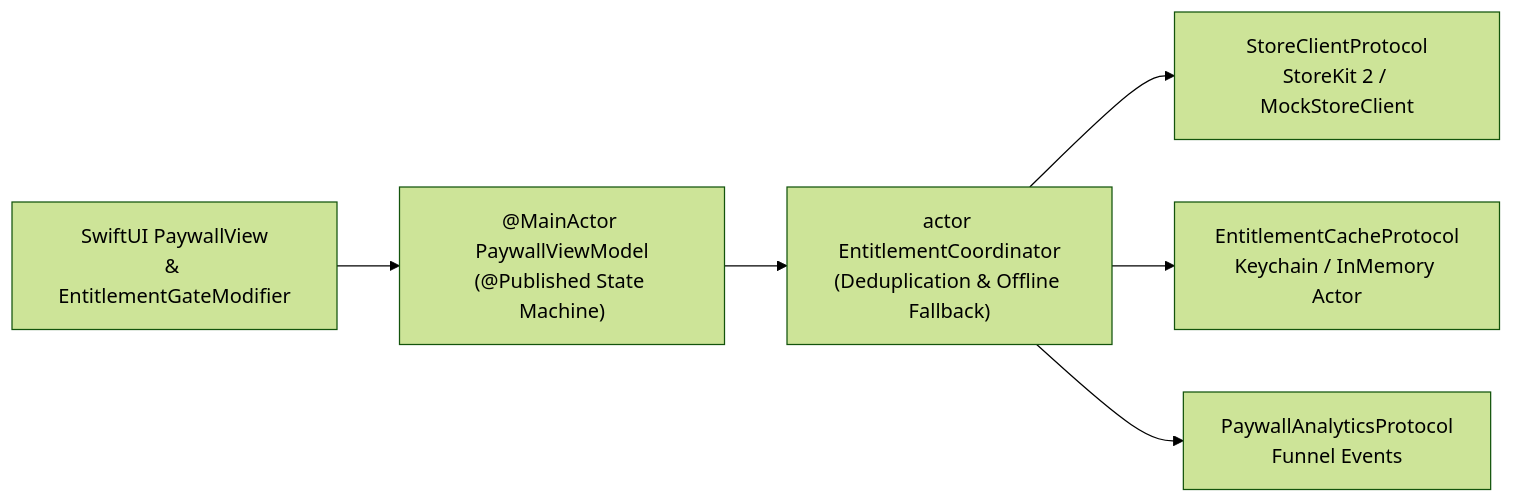
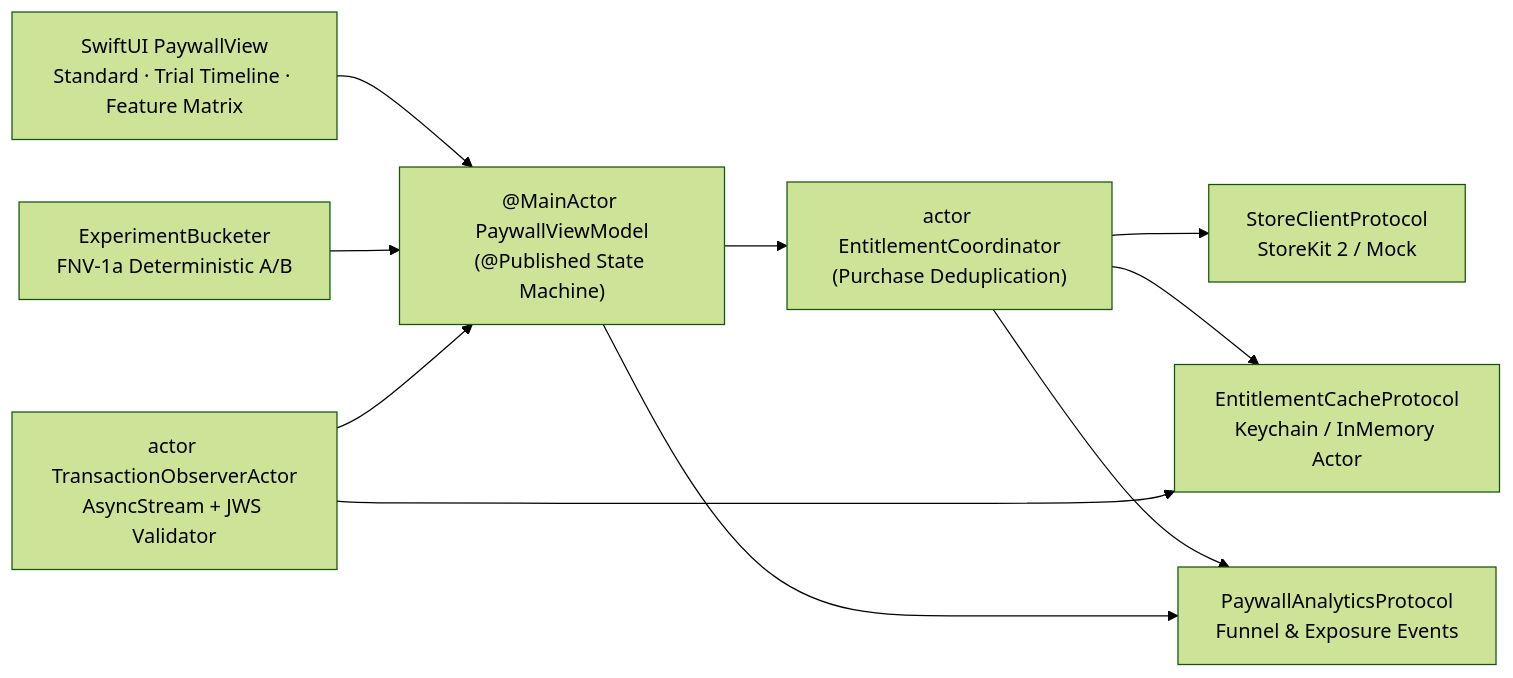
Before and after one commit to Bugraciftci/SwiftStoreFlow: the diagram in README.md, drawn with Mermaid (forest theme). The commit also changed other lines of this file and 15 other files, not shown here.

Commit message:
v2.0: Add A/B paywall bucketing, TransactionObserverActor, JWS validation, Trial Timeline & Feature Matrix UI

````diff
--- a/README.md
+++ b/README.md
@@ -11,8 +16,11 @@
 ```mermaid
 flowchart LR
-    V[SwiftUI PaywallView<br/>& EntitlementGateModifier] --> VM["@MainActor PaywallViewModel<br/>(@Published State Machine)"]
-    VM --> C["actor EntitlementCoordinator<br/>(Deduplication & Offline Fallback)"]
-    C --> SK[StoreClientProtocol<br/>StoreKit 2 / MockStoreClient]
-    C --> KC[EntitlementCacheProtocol<br/>Keychain / InMemory Actor]
-    C --> AN[PaywallAnalyticsProtocol<br/>Funnel Events]
+    UI["SwiftUI PaywallView<br/>Standard · Trial Timeline · Feature Matrix"] --> VM["@MainActor PaywallViewModel<br/>(@Published State Machine)"]
+    AB["ExperimentBucketer<br/>FNV-1a Deterministic A/B"] --> VM
+    VM --> C["actor EntitlementCoordinator<br/>(Purchase Deduplication)"]
+    C --> SK["StoreClientProtocol<br/>StoreKit 2 / Mock"]
+    C --> KC["EntitlementCacheProtocol<br/>Keychain / InMemory Actor"]
+    OBS["actor TransactionObserverActor<br/>AsyncStream + JWS Validator"] --> KC
+    OBS --> VM
+    C & VM --> AN["PaywallAnalyticsProtocol<br/>Funnel & Exposure Events"]
 ```
````
